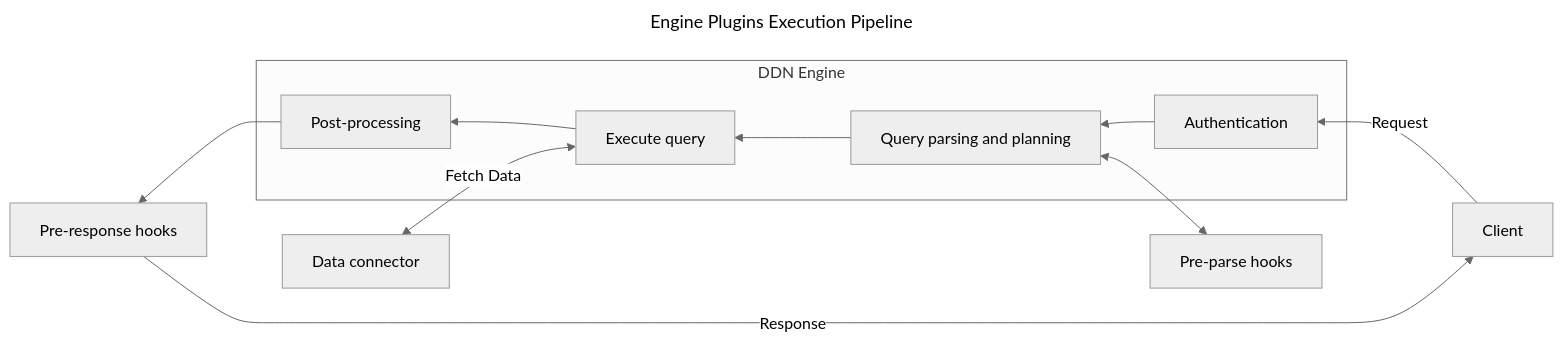
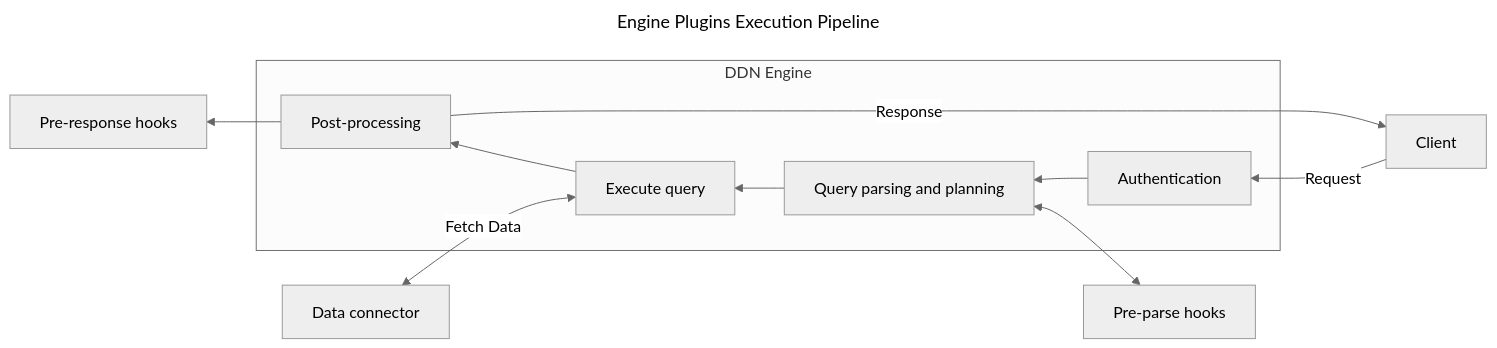
Before and after one commit to hasura/ddn-docs: the first of 3 diagrams in docs/plugins/introduction.mdx, drawn with Mermaid (neutral theme).

````diff
--- a/docs/plugins/introduction.mdx
+++ b/docs/plugins/introduction.mdx
@@ -37,22 +37,22 @@
 ```mermaid
 ---
 title: Engine Plugins Execution Pipeline
 ---
 graph RL
     Client[Client] -->|Request| Authentication
     Authentication --> Query_Parsing_and_Planning["Query parsing and planning"]
     Query_Parsing_and_Planning --> Execute_Query["Execute query"]
     Execute_Query <-->|Fetch Data| Data_Connector["Data connector"]
     Execute_Query --> Post_Processing["Post-processing"]
     Post_Processing --> Pre_Response_Hooks["Pre-response hooks"]
-    Pre_Response_Hooks -->|Response| Client
+    Post_Processing -->|Response| Client
 
     subgraph DDN Engine
         Authentication
         Query_Parsing_and_Planning
         Execute_Query
         Post_Processing
     end
 
     Pre_Parse_Hooks["Pre-parse hooks"] <--> Query_Parsing_and_Planning
 ```
````
